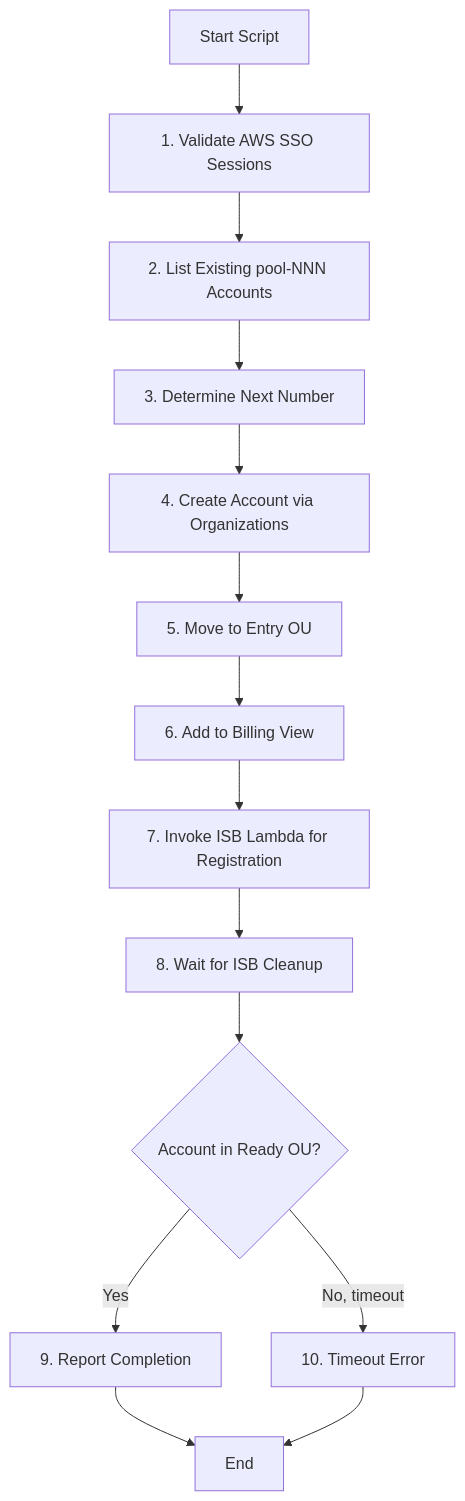
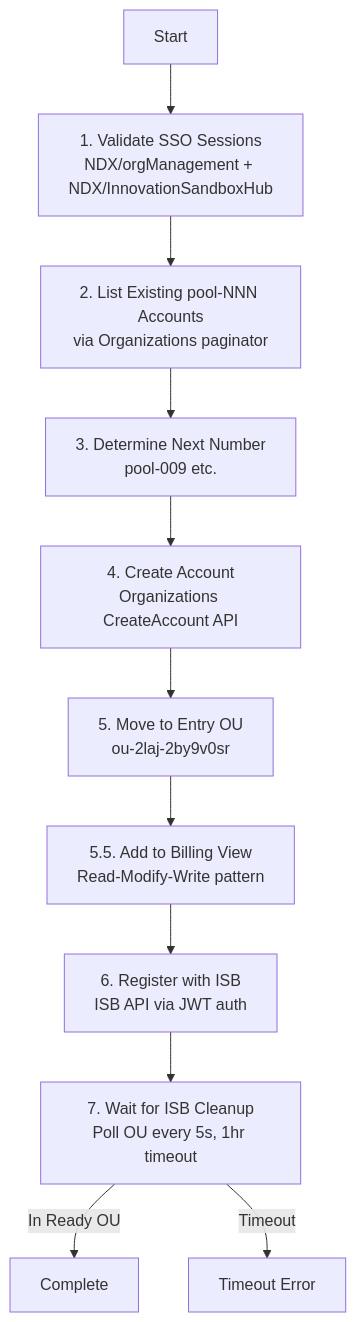
Before and after one commit to co-cddo/ndx-try-arch: the second of 2 diagrams in docs/24-utils.md, drawn with Mermaid. The commit also changed other lines of this file and 41 other files, not shown here.

First line of the commit message:
docs: update NDX architecture documentation (#9)

````diff
--- a/docs/24-utils.md
+++ b/docs/24-utils.md
@@ -29,16 +78,13 @@
 ```mermaid
 graph TD
-    START[Start Script] --> SSO[1. Validate AWS SSO Sessions]
-    SSO --> LIST[2. List Existing pool-NNN Accounts]
-    LIST --> NUMBER[3. Determine Next Number]
-    NUMBER --> CREATE[4. Create Account via Organizations]
-    CREATE --> MOVE[5. Move to Entry OU]
-    MOVE --> BILLING[6. Add to Billing View]
-    BILLING --> REGISTER[7. Invoke ISB Lambda for Registration]
-    REGISTER --> WAIT[8. Wait for ISB Cleanup]
-    WAIT --> READY{Account in Ready OU?}
-    READY -->|Yes| COMPLETE[9. Report Completion]
-    READY -->|No, timeout| TIMEOUT[10. Timeout Error]
-    COMPLETE --> END[End]
-    TIMEOUT --> END
+    START[Start] --> SSO[1. Validate SSO Sessions<br/>NDX/orgManagement + NDX/InnovationSandboxHub]
+    SSO --> LIST[2. List Existing pool-NNN Accounts<br/>via Organizations paginator]
+    LIST --> NUMBER[3. Determine Next Number<br/>pool-009 etc.]
+    NUMBER --> CREATE[4. Create Account<br/>Organizations CreateAccount API]
+    CREATE --> MOVE[5. Move to Entry OU<br/>ou-2laj-2by9v0sr]
+    MOVE --> BILLING[5.5. Add to Billing View<br/>Read-Modify-Write pattern]
+    BILLING --> REGISTER[6. Register with ISB<br/>ISB API via JWT auth]
+    REGISTER --> WAIT[7. Wait for ISB Cleanup<br/>Poll OU every 5s, 1hr timeout]
+    WAIT -->|In Ready OU| DONE[Complete]
+    WAIT -->|Timeout| FAIL[Timeout Error]
 ```
````
